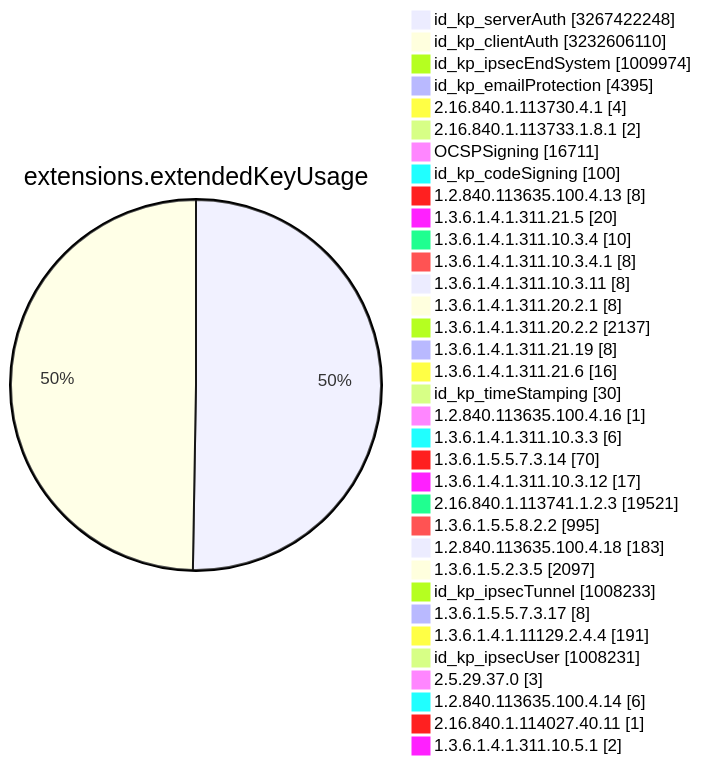
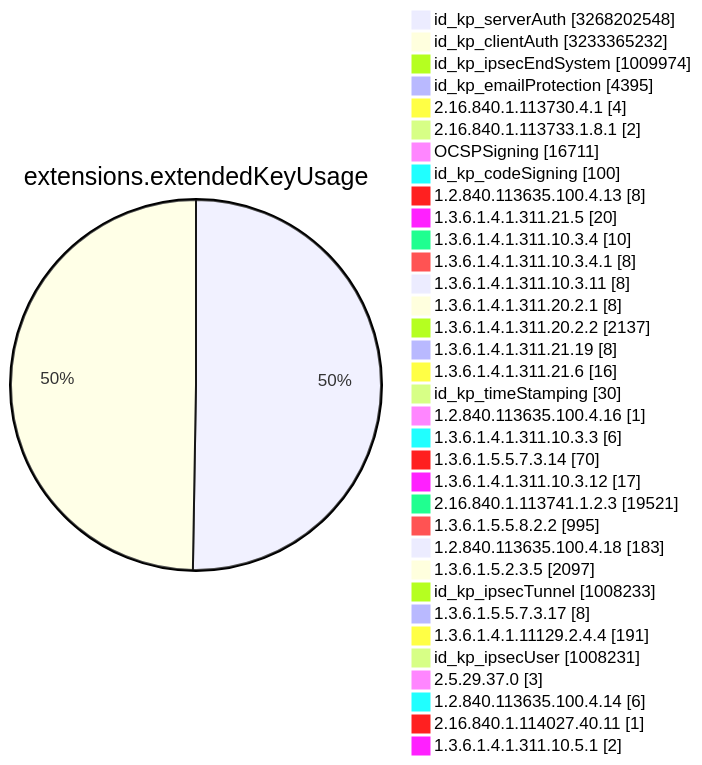
Diagram 11 of 15 in TOTAL/README.md (christiankrug/ctmonitor_visualization), drawn with Mermaid before and after one commit. The commit also changed other lines of this file, not shown here.

````diff
--- a/TOTAL/README.md
+++ b/TOTAL/README.md
@@ -4119,38 +4119,38 @@
 ```mermaid
 pie showData
 title extensions.extendedKeyUsage
-"id_kp_serverAuth" :3267422248
-"id_kp_clientAuth" :3232606110
+"id_kp_serverAuth" :3268202548
+"id_kp_clientAuth" :3233365232
 "id_kp_ipsecEndSystem" :1009974
 "id_kp_emailProtection" :4395
 "2.16.840.1.113730.4.1" :4
 "2.16.840.1.113733.1.8.1" :2
 "OCSPSigning" :16711
 "id_kp_codeSigning" :100
 "1.2.840.113635.100.4.13" :8
 "1.3.6.1.4.1.311.21.5" :20
 "1.3.6.1.4.1.311.10.3.4" :10
 "1.3.6.1.4.1.311.10.3.4.1" :8
 "1.3.6.1.4.1.311.10.3.11" :8
 "1.3.6.1.4.1.311.20.2.1" :8
 "1.3.6.1.4.1.311.20.2.2" :2137
 "1.3.6.1.4.1.311.21.19" :8
 "1.3.6.1.4.1.311.21.6" :16
 "id_kp_timeStamping" :30
 "1.2.840.113635.100.4.16" :1
 "1.3.6.1.4.1.311.10.3.3" :6
 "1.3.6.1.5.5.7.3.14" :70
 "1.3.6.1.4.1.311.10.3.12" :17
 "2.16.840.1.113741.1.2.3" :19521
 "1.3.6.1.5.5.8.2.2" :995
 "1.2.840.113635.100.4.18" :183
 "1.3.6.1.5.2.3.5" :2097
 "id_kp_ipsecTunnel" :1008233
 "1.3.6.1.5.5.7.3.17" :8
 "1.3.6.1.4.1.11129.2.4.4" :191
 "id_kp_ipsecUser" :1008231
 "2.5.29.37.0" :3
 "1.2.840.113635.100.4.14" :6
 "2.16.840.1.114027.40.11" :1
 "1.3.6.1.4.1.311.10.5.1" :2
 ```
````
